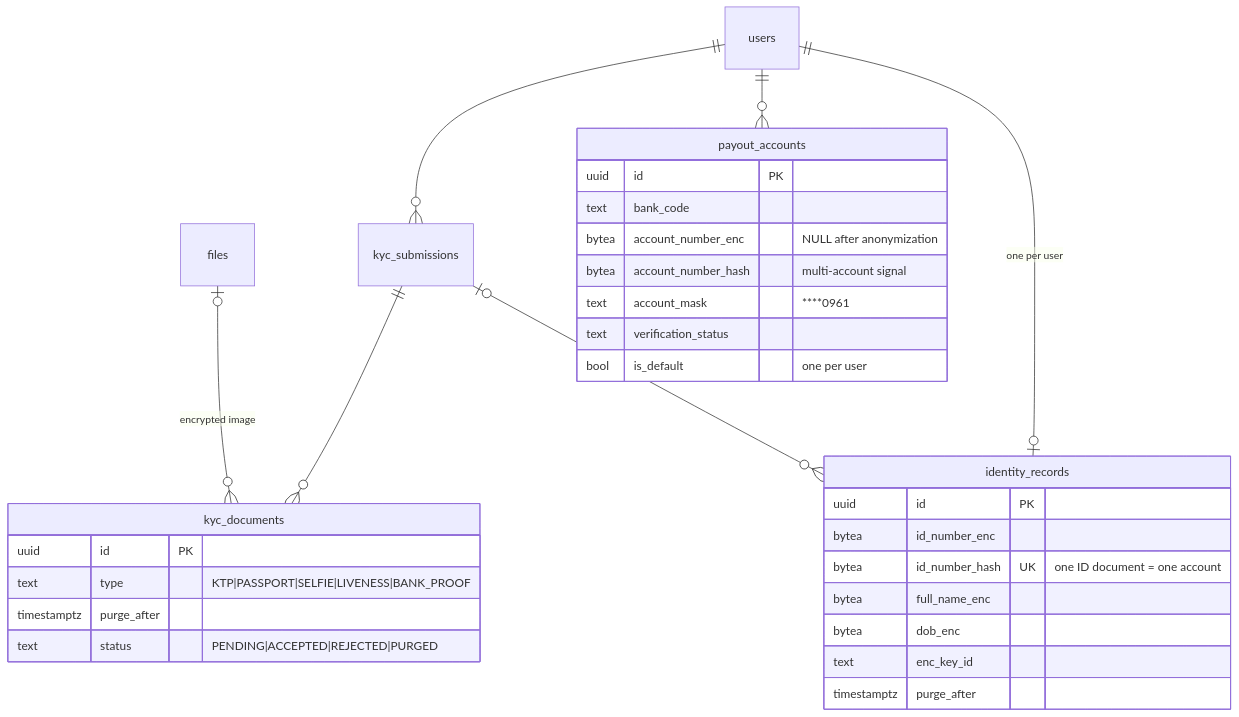
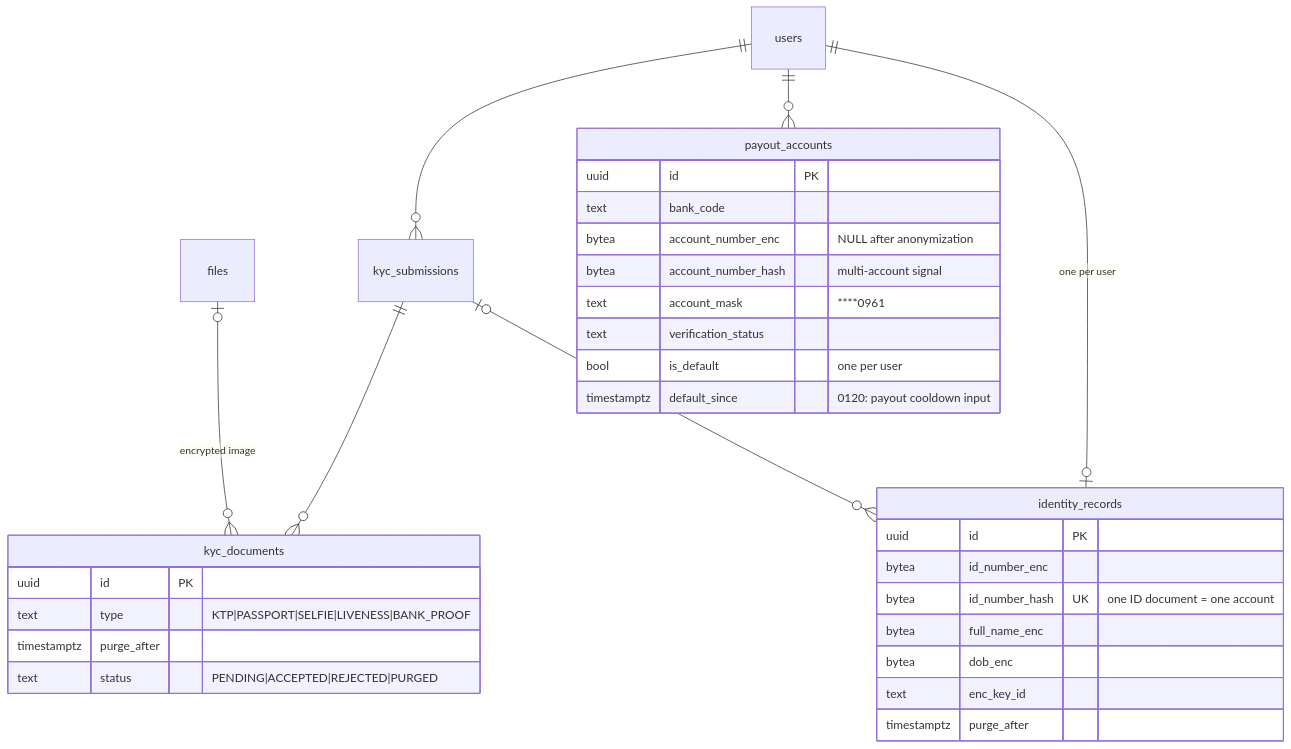
One commit to erzamadana-ui/jastipkita changed the second of 10 diagrams in docs/03-database.md. Above: the diagram before and after it, drawn with Mermaid. The commit also changed 159 other files, not shown here.

````diff
--- a/docs/03-database.md
+++ b/docs/03-database.md
@@ -118,33 +118,34 @@
 ```mermaid
 erDiagram
   users ||--o{ kyc_submissions : ""
   kyc_submissions ||--o{ kyc_documents : ""
   files |o--o{ kyc_documents : "encrypted image"
   users ||--o| identity_records : "one per user"
   kyc_submissions |o--o{ identity_records : ""
   users ||--o{ payout_accounts : ""
   identity_records {
     uuid id PK
     bytea id_number_enc
     bytea id_number_hash UK "one ID document = one account"
     bytea full_name_enc
     bytea dob_enc
     text enc_key_id
     timestamptz purge_after
   }
   payout_accounts {
     uuid id PK
     text bank_code
     bytea account_number_enc "NULL after anonymization"
     bytea account_number_hash "multi-account signal"
     text account_mask "****0961"
     text verification_status
     bool is_default "one per user"
+    timestamptz default_since "0120: payout cooldown input"
   }
   kyc_documents {
     uuid id PK
     text type "KTP|PASSPORT|SELFIE|LIVENESS|BANK_PROOF"
     timestamptz purge_after
     text status "PENDING|ACCEPTED|REJECTED|PURGED"
   }
 ```
````
